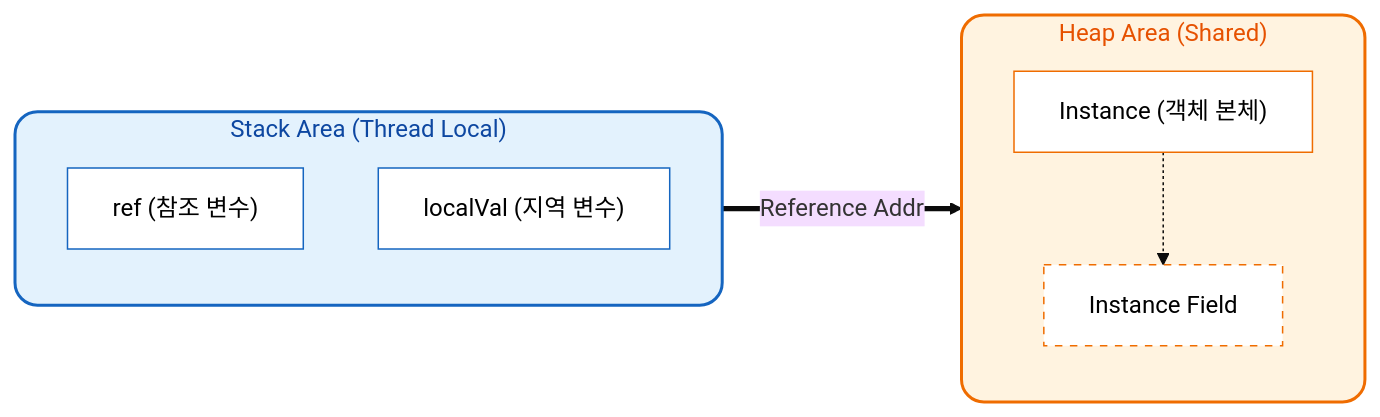
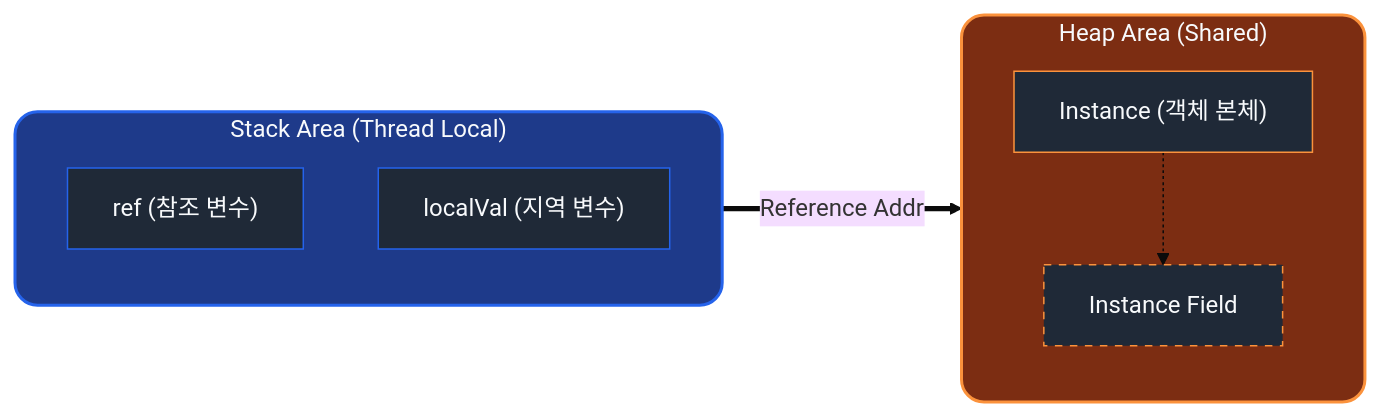
The first of 2 diagrams in _posts/java/04-oop-class/2025-12-27-java-클래스-구조와-인스턴스.md (Kang-Hyesung/kang-hyesung.github.io), drawn with Mermaid (base theme) before and after one commit. The commit also changed 74 other files, not shown here.

Commit message:
docs: update post visibility and mermaid colors

````diff
--- a/_posts/java/04-oop-class/2025-12-27-java-클래스-구조와-인스턴스.md
+++ b/_posts/java/04-oop-class/2025-12-27-java-클래스-구조와-인스턴스.md
@@ -30,27 +30,27 @@
 ```mermaid
 graph LR
     subgraph StackArea ["Stack Area (Thread Local)"]
         direction TB
         ref["ref (참조 변수)"]
         local["localVal (지역 변수)"]
     end
     %% 스타일 정의: 스택 영역 (파란색 테마 + 둥근 모서리)
-    style StackArea fill:#e3f2fd,stroke:#1565c0,stroke-width:2px,rx:15,ry:15,color:#0d47a1
+    style StackArea fill:#1e3a8a,stroke:#2563eb,stroke-width:2px,rx:15,ry:15,color:#f8fafc
 
     subgraph HeapArea ["Heap Area (Shared)"]
         direction TB
         obj["Instance (객체 본체)"]
         field["Instance Field"]
     end
     %% 스타일 정의: 힙 영역 (주황색 테마 + 둥근 모서리)
-    style HeapArea fill:#fff3e0,stroke:#ef6c00,stroke-width:2px,rx:15,ry:15,color:#e65100
+    style HeapArea fill:#7c2d12,stroke:#fb923c,stroke-width:2px,rx:15,ry:15,color:#f8fafc
 
     %% 노드 스타일링 (깔끔한 흰색 배경으로 통일)
-    style ref fill:#fff,stroke:#1565c0,color:#000
-    style local fill:#fff,stroke:#1565c0,color:#000
-    style obj fill:#fff,stroke:#ef6c00,color:#000
-    style field fill:#fff,stroke:#ef6c00,stroke-dasharray: 5 5,color:#000
+    style ref fill:#1f2937,stroke:#2563eb,color:#f8fafc
+    style local fill:#1f2937,stroke:#2563eb,color:#f8fafc
+    style obj fill:#1f2937,stroke:#fb923c,color:#f8fafc
+    style field fill:#1f2937,stroke:#fb923c,stroke-dasharray: 5 5,color:#f8fafc
 
     ref ==>|Reference Addr| obj
     obj -.-> field
 ```
````
